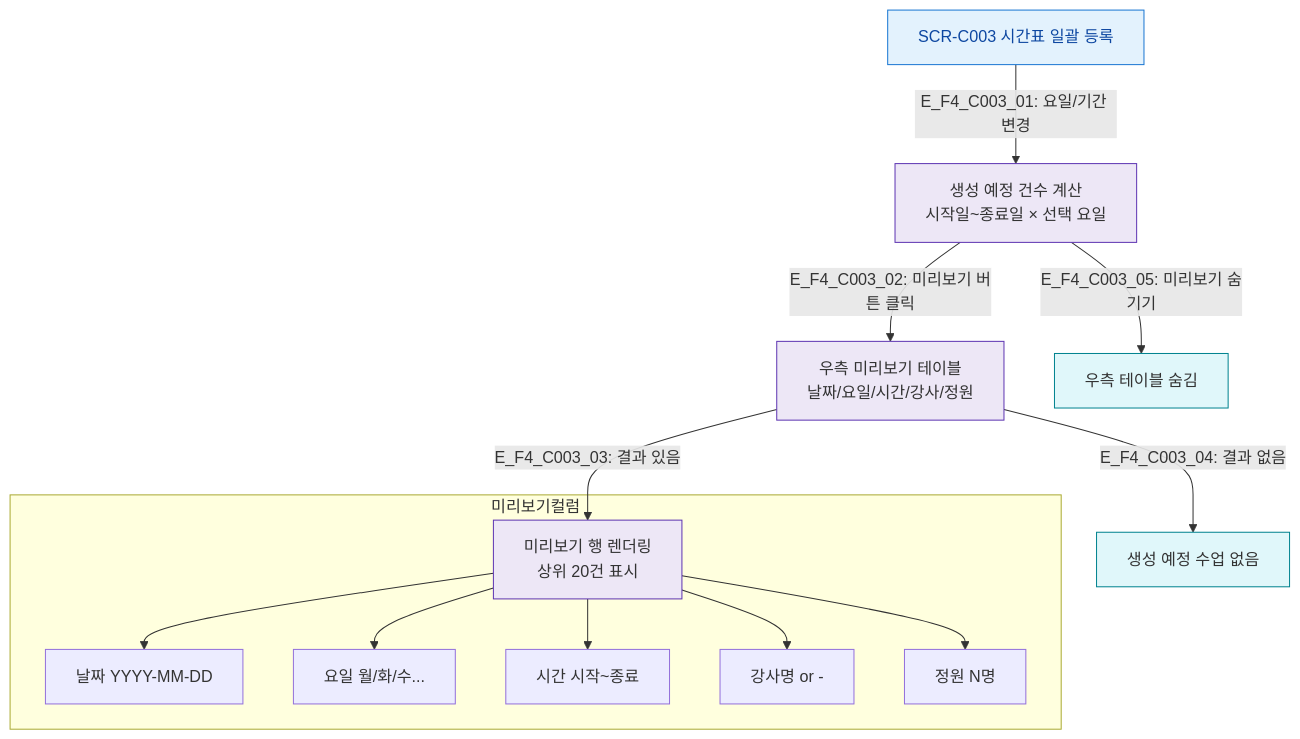
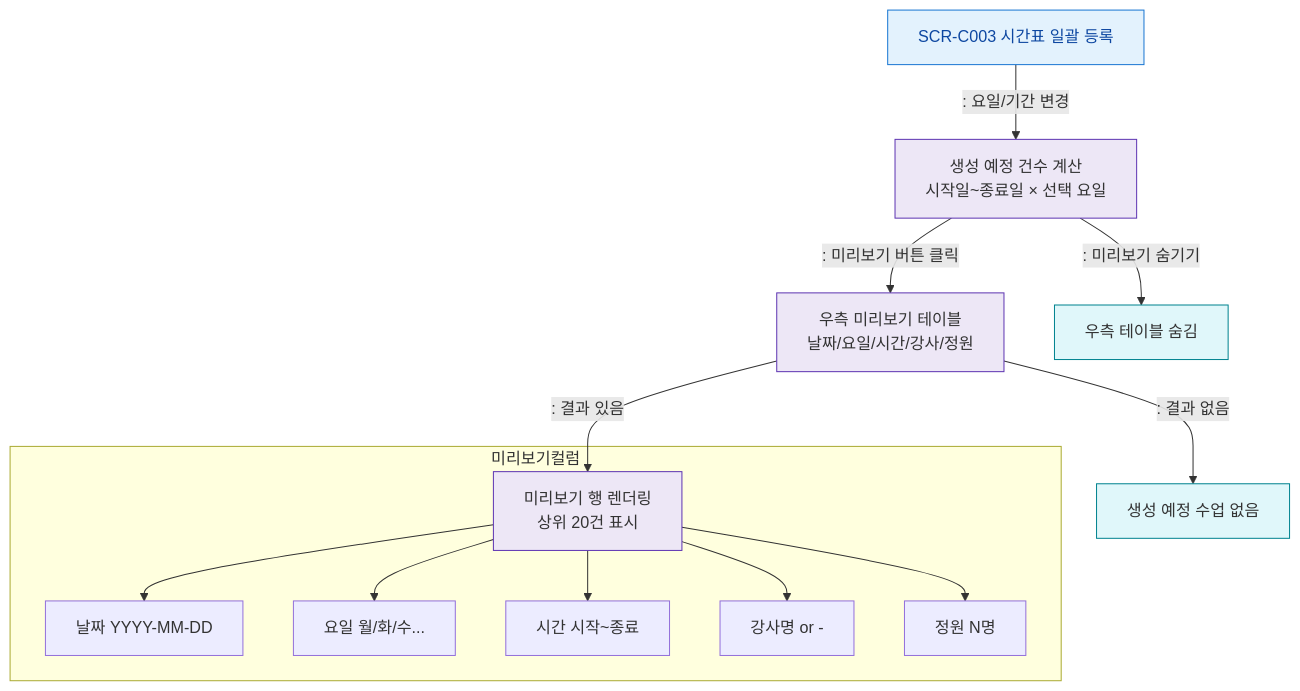
Before and after one commit to dev-spogym/admin-pando: the diagram in docs/다이어그램/D04_수업관리/SCR-C003_시간표일괄등록/F4_필터검색.md, drawn with Mermaid. The commit also changed other lines of this file and 1660 other files, not shown here.

First line of the commit message:
다이어그램: 기획자/클라이언트 납품본으로 정리

````diff
--- a/docs/다이어그램/D04_수업관리/SCR-C003_시간표일괄등록/F4_필터검색.md
+++ b/docs/다이어그램/D04_수업관리/SCR-C003_시간표일괄등록/F4_필터검색.md
@@ -20,27 +18,27 @@
 ```mermaid
 flowchart TD
   SCR_C003[SCR-C003 시간표 일괄 등록]
 
-  SCR_C003 -->|"E_F4_C003_01: 요일/기간 변경"| CalcPreview[생성 예정 건수 계산\n시작일~종료일 × 선택 요일]
+  SCR_C003 -->|": 요일/기간 변경"|CalcPreview[생성 예정 건수 계산\n시작일~종료일 × 선택 요일]
 
-  CalcPreview -->|"E_F4_C003_02: 미리보기 버튼 클릭"| ShowTable[우측 미리보기 테이블\n날짜/요일/시간/강사/정원]
-  ShowTable -->|"E_F4_C003_03: 결과 있음"| TableData[미리보기 행 렌더링\n상위 20건 표시]
-  ShowTable -->|"E_F4_C003_04: 결과 없음"| EmptyPreview[생성 예정 수업 없음]
+  CalcPreview -->|": 미리보기 버튼 클릭"|ShowTable[우측 미리보기 테이블\n날짜/요일/시간/강사/정원]
+  ShowTable -->|": 결과 있음"|TableData[미리보기 행 렌더링\n상위 20건 표시]
+  ShowTable -->|": 결과 없음"|EmptyPreview[생성 예정 수업 없음]
 
-  CalcPreview -->|"E_F4_C003_05: 미리보기 숨기기"| HideTable[우측 테이블 숨김]
+  CalcPreview -->|": 미리보기 숨기기"|HideTable[우측 테이블 숨김]
 
   subgraph 미리보기컬럼
     TableData --> ColDate[날짜 YYYY-MM-DD]
     TableData --> ColDay[요일 월/화/수...]
     TableData --> ColTime[시간 시작~종료]
     TableData --> ColInst[강사명 or -]
     TableData --> ColCap[정원 N명]
   end
 
   classDef screen fill:#E3F2FD,stroke:#1976D2,color:#0D47A1
   classDef system fill:#EDE7F6,stroke:#5E35B2
   classDef info fill:#E0F7FA,stroke:#00838F
   class SCR_C003 screen
   class CalcPreview,ShowTable,TableData system
   class EmptyPreview,HideTable info
 ```
````
